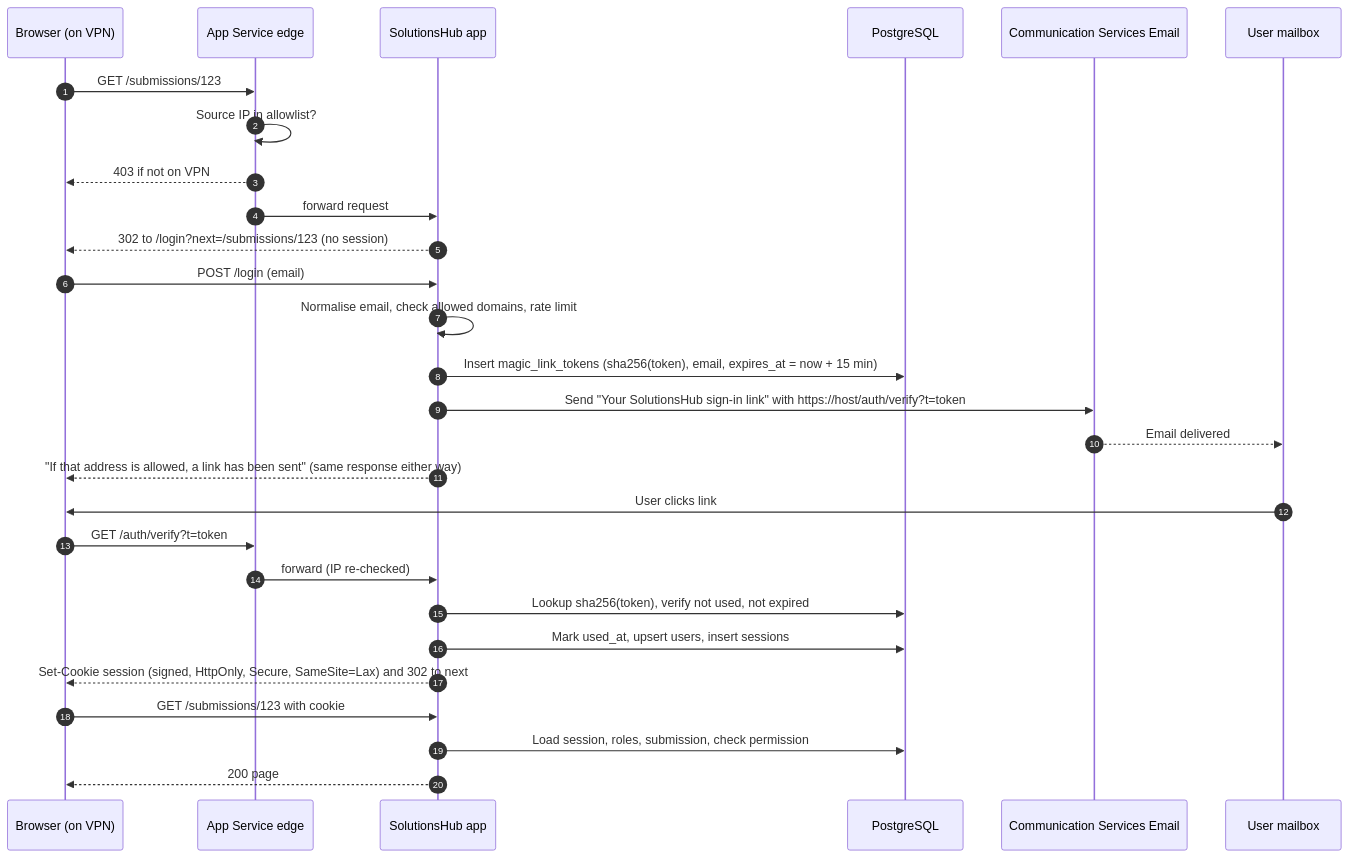
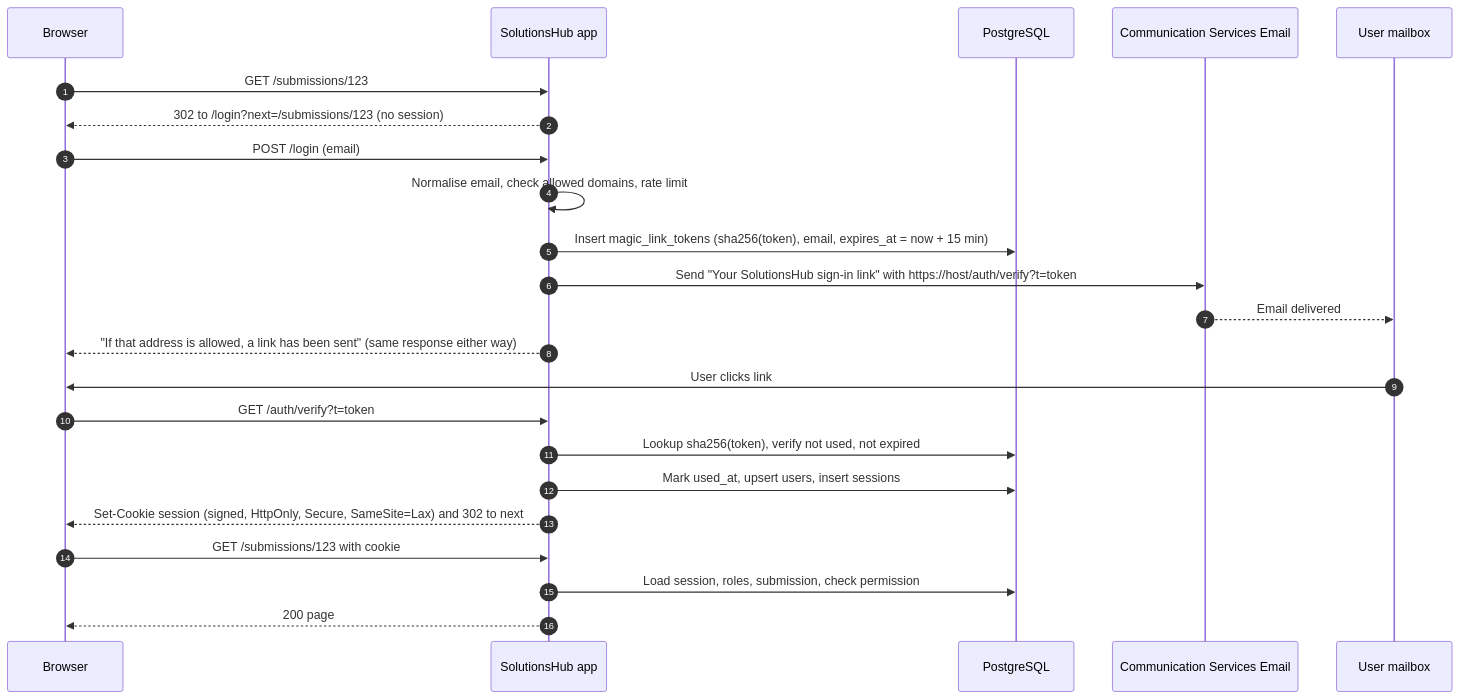
Before and after one commit to DRourke-87/SolutionsHub: the diagram in docs/04-auth-and-access.md, drawn with Mermaid. The commit also changed other lines of this file and 13 other files, not shown here.

First line of the commit message:
Make endpoint public and use key-based service auth for Contributor-only deployment

````diff
--- a/docs/04-auth-and-access.md
+++ b/docs/04-auth-and-access.md
@@ -57,31 +58,26 @@
 ```mermaid
 sequenceDiagram
     autonumber
-    participant B as Browser (on VPN)
-    participant E as App Service edge
+    participant B as Browser
     participant A as SolutionsHub app
     participant D as PostgreSQL
     participant M as Communication Services Email
     participant X as User mailbox
 
-    B->>E: GET /submissions/123
-    E->>E: Source IP in allowlist?
-    E-->>B: 403 if not on VPN
-    E->>A: forward request
+    B->>A: GET /submissions/123
     A-->>B: 302 to /login?next=/submissions/123 (no session)
     B->>A: POST /login (email)
     A->>A: Normalise email, check allowed domains, rate limit
     A->>D: Insert magic_link_tokens (sha256(token), email, expires_at = now + 15 min)
     A->>M: Send "Your SolutionsHub sign-in link" with https://host/auth/verify?t=token
     M-->>X: Email delivered
     A-->>B: "If that address is allowed, a link has been sent" (same response either way)
     X->>B: User clicks link
-    B->>E: GET /auth/verify?t=token
-    E->>A: forward (IP re-checked)
+    B->>A: GET /auth/verify?t=token
     A->>D: Lookup sha256(token), verify not used, not expired
     A->>D: Mark used_at, upsert users, insert sessions
     A-->>B: Set-Cookie session (signed, HttpOnly, Secure, SameSite=Lax) and 302 to next
     B->>A: GET /submissions/123 with cookie
     A->>D: Load session, roles, submission, check permission
     A-->>B: 200 page
 ```
````
